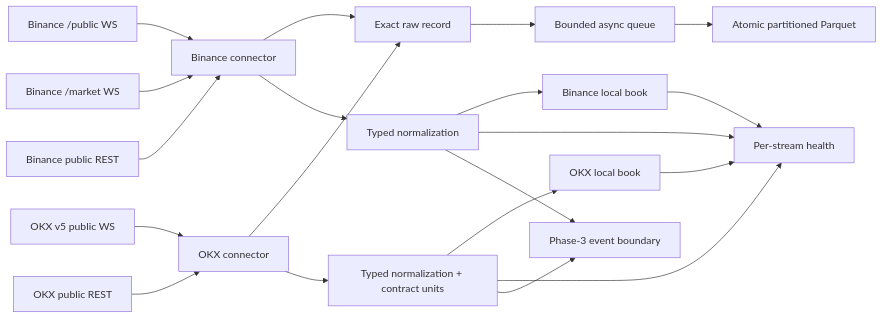
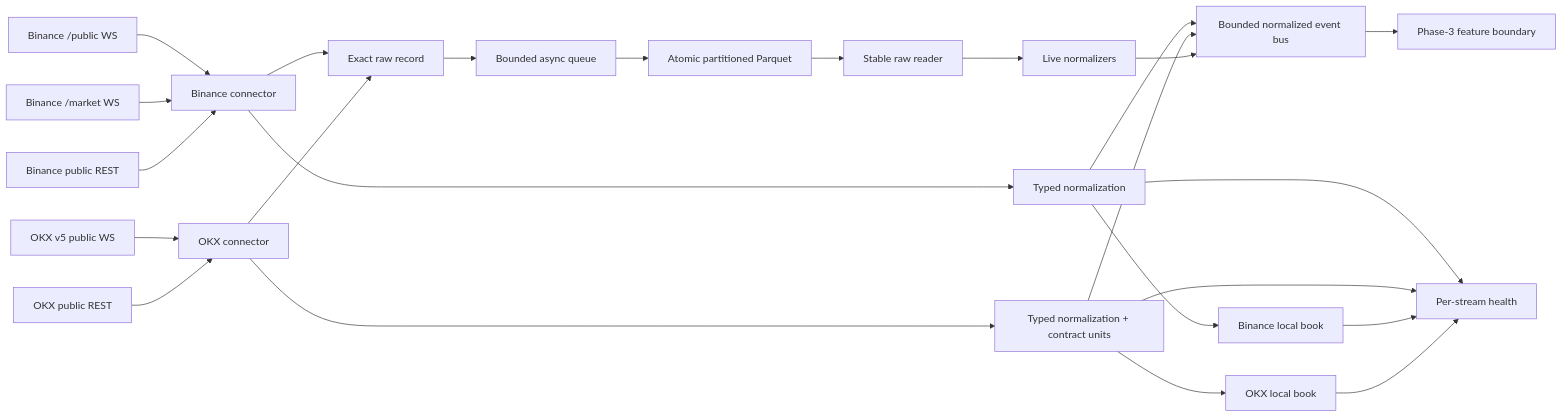
The diagram in docs/architecture.md (Gabrilekiwi/CVF-01), drawn with Mermaid before and after one commit. The commit also changed other lines of this file and 27 other files, not shown here.

````diff
--- a/docs/architecture.md
+++ b/docs/architecture.md
@@ -22,22 +24,26 @@
 ```mermaid
 flowchart LR
     BW["Binance /public WS"] --> BC["Binance connector"]
     BM["Binance /market WS"] --> BC
     BR["Binance public REST"] --> BC
     OW["OKX v5 public WS"] --> OC["OKX connector"]
     OR["OKX public REST"] --> OC
     BC --> RAW["Exact raw record"]
     OC --> RAW
     RAW --> Q["Bounded async queue"]
     Q --> PQ["Atomic partitioned Parquet"]
     BC --> BN["Typed normalization"]
     OC --> ON["Typed normalization + contract units"]
     BN --> BB["Binance local book"]
     ON --> OB["OKX local book"]
     BN --> H["Per-stream health"]
     ON --> H
     BB --> H
     OB --> H
-    BN --> NEXT["Phase-3 event boundary"]
-    ON --> NEXT
+    BN --> BUS["Bounded normalized event bus"]
+    ON --> BUS
+    BUS --> NEXT["Phase-3 feature boundary"]
+    PQ --> RR["Stable raw reader"]
+    RR --> RN["Live normalizers"]
+    RN --> BUS
 ```
````
